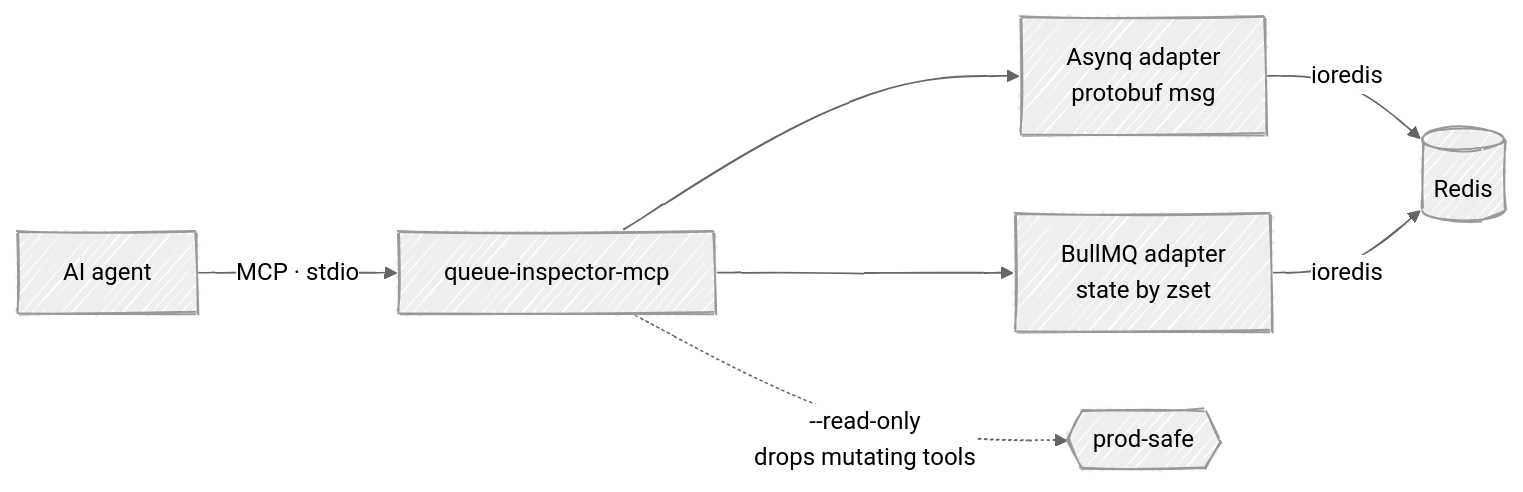
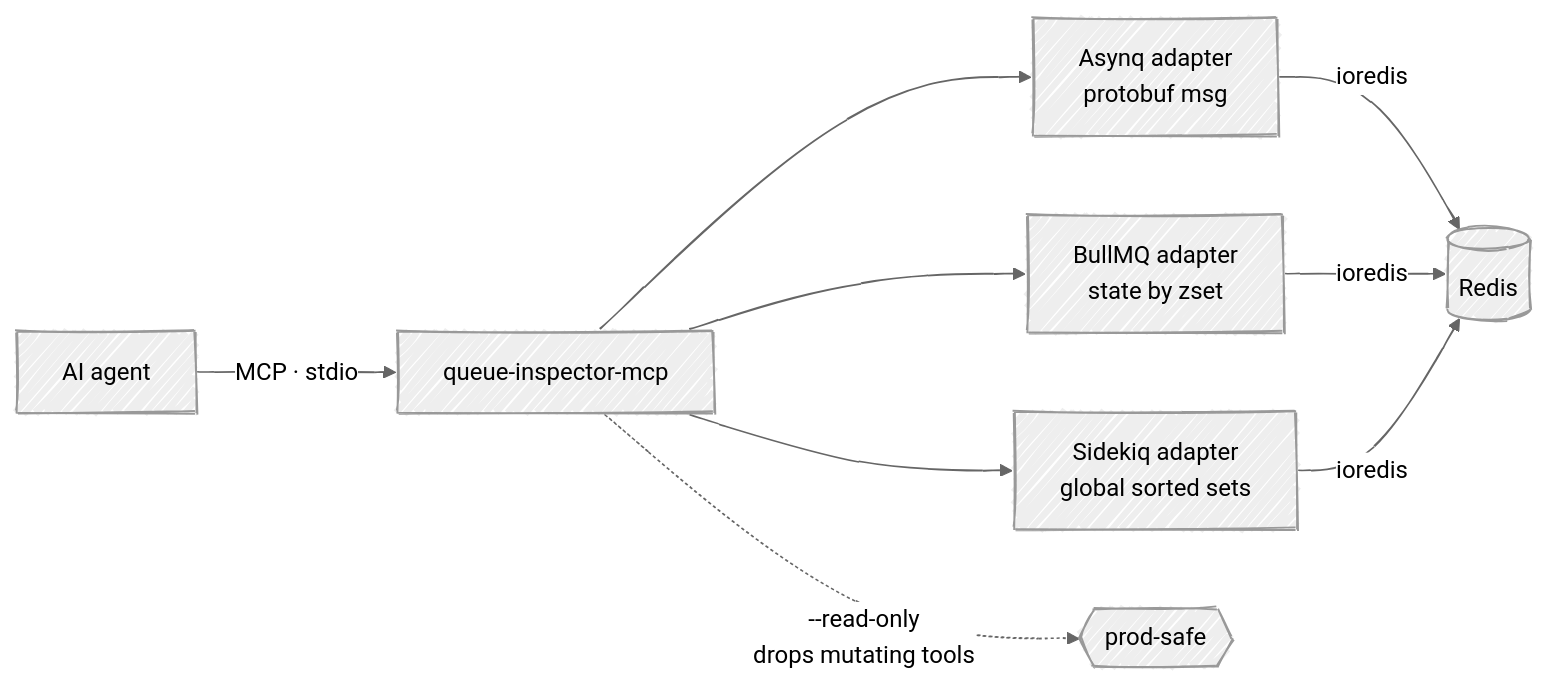
One commit to Yusufihsangorgel/queue-inspector-mcp changed the first of 2 diagrams in README.md. Above: the diagram before and after it, drawn with Mermaid (neutral theme). The commit also changed other lines of this file and 21 other files, not shown here.

````diff
--- a/README.md
+++ b/README.md
@@ -15,13 +16,15 @@
 ```mermaid
 ---
 config:
   look: handDrawn
 ---
 flowchart LR
     A["AI agent"] -->|"MCP · stdio"| M["queue-inspector-mcp"]
     M --> B1["Asynq adapter<br/>protobuf msg"]
     M --> B2["BullMQ adapter<br/>state by zset"]
+    M --> B3["Sidekiq adapter<br/>global sorted sets"]
     B1 -->|ioredis| R[("Redis")]
     B2 -->|ioredis| R
+    B3 -->|ioredis| R
     M -.->|"--read-only<br/>drops mutating tools"| G{{"prod-safe"}}
 ```
````
